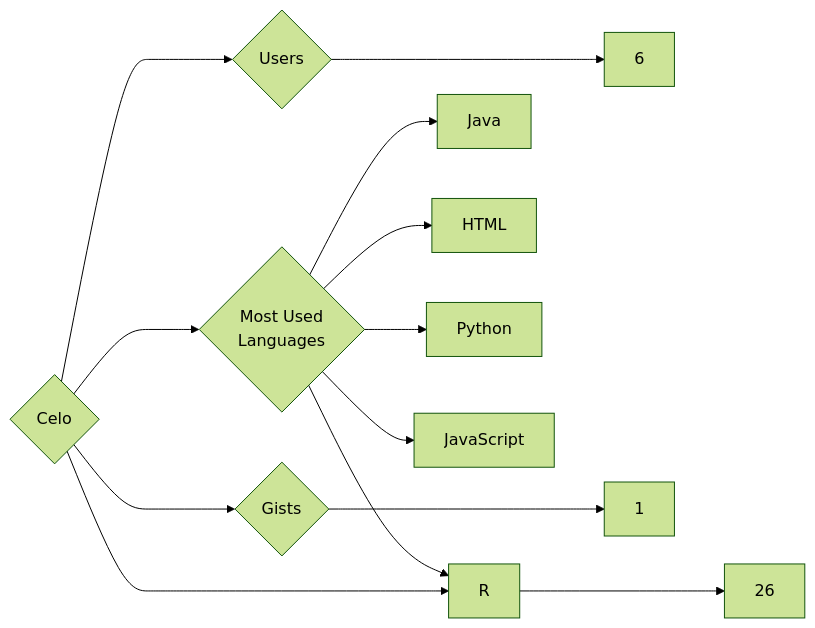
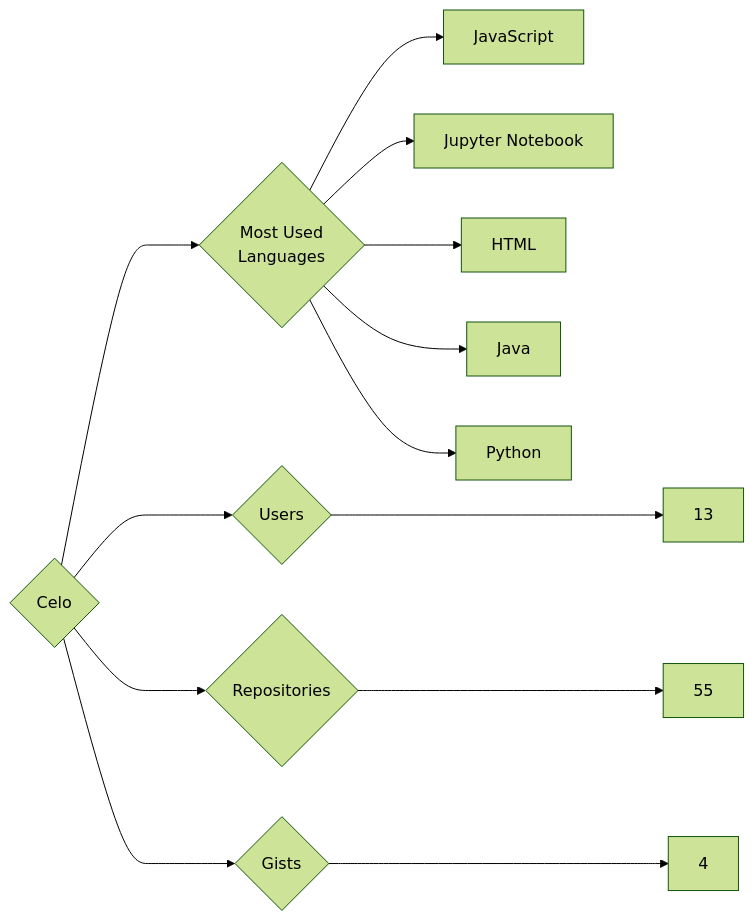
Before and after one commit to trickest/insiders: the diagram in targets/Celo/README.md, drawn with Mermaid (forest theme). The commit also changed 953 other files, not shown here.

````diff
--- a/targets/Celo/README.md
+++ b/targets/Celo/README.md
@@ -3,13 +3,13 @@
 ```mermaid
 graph LR
 COMPANY_NAME{Celo}
-COMPANY_NAME ---> U{Users} ---> UN[6]
-COMPANY_NAME ---> R{Repositories} ---> RN[26]
-COMPANY_NAME ---> G{Gists} ---> GN[1]
+COMPANY_NAME ---> U{Users} ---> UN[13]
+COMPANY_NAME ---> R{Repositories} ---> RN[55]
+COMPANY_NAME ---> G{Gists} ---> GN[4]
 COMPANY_NAME ---> ML{Most Used<br>Languages}
+ML --> JavaScript[JavaScript]
+ML --> Jupyter_Notebook[Jupyter Notebook]
+ML --> HTML[HTML]
 ML --> Java[Java]
-ML --> HTML[HTML]
-ML --> R[R]
 ML --> Python[Python]
-ML --> JavaScript[JavaScript]
 ```
````
